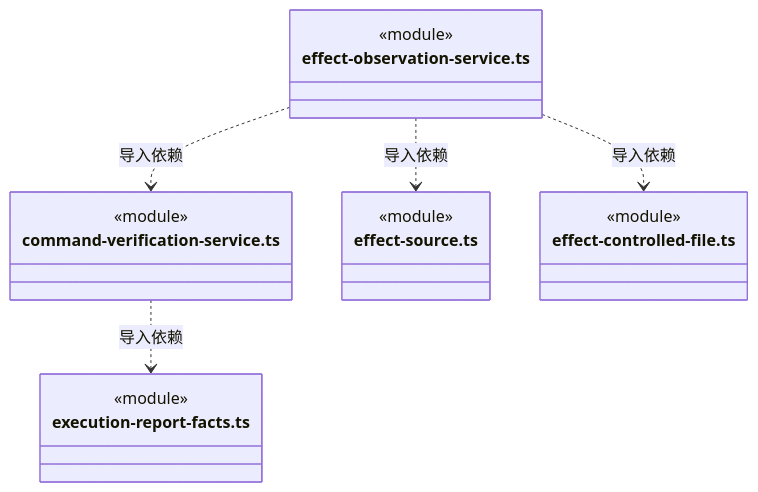
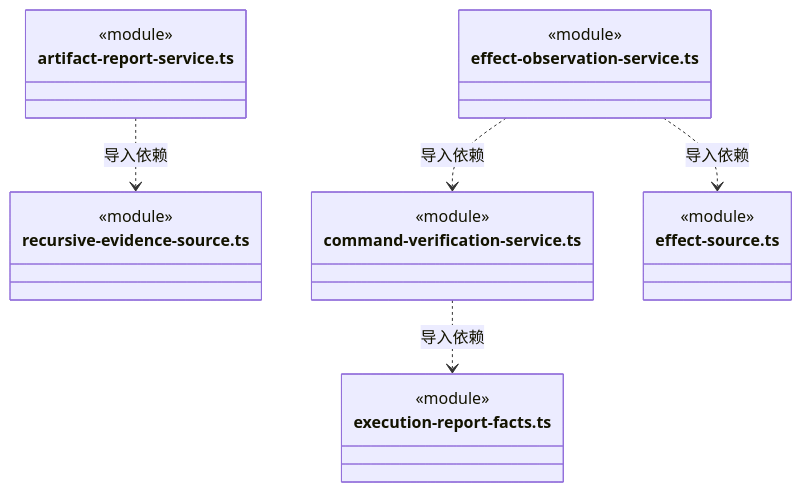
Before and after one commit to nan023062/cbim: diagram 18 of 20 in src/logic/evidence/runtime/ARCHITECTURE.md, drawn with Mermaid. The commit also changed other lines of this file and 19 other files, not shown here.

First line of the commit message:
fix(evidence): read recursive Agent artifact reports without legacy tasks

````diff
--- a/src/logic/evidence/runtime/ARCHITECTURE.md
+++ b/src/logic/evidence/runtime/ARCHITECTURE.md
@@ -367,22 +385,25 @@
 ```mermaid
 classDiagram
+class N_src_logic_evidence_runtime_artifact_report_service_ts["artifact-report-service.ts"] {
+  <<module>>
+}
+class N_src_logic_evidence_runtime_recursive_evidence_source_ts["recursive-evidence-source.ts"] {
+  <<module>>
+}
 class N_src_logic_evidence_runtime_command_verification_service_ts["command-verification-service.ts"] {
   <<module>>
 }
 class N_src_logic_evidence_runtime_execution_report_facts_ts["execution-report-facts.ts"] {
   <<module>>
 }
 class N_src_logic_evidence_runtime_effect_observation_service_ts["effect-observation-service.ts"] {
   <<module>>
 }
 class N_src_logic_evidence_runtime_effect_source_ts["effect-source.ts"] {
   <<module>>
 }
-class N_src_logic_evidence_runtime_effect_controlled_file_ts["effect-controlled-file.ts"] {
-  <<module>>
-}
+N_src_logic_evidence_runtime_artifact_report_service_ts ..> N_src_logic_evidence_runtime_recursive_evidence_source_ts : 导入依赖
 N_src_logic_evidence_runtime_command_verification_service_ts ..> N_src_logic_evidence_runtime_execution_report_facts_ts : 导入依赖
 N_src_logic_evidence_runtime_effect_observation_service_ts ..> N_src_logic_evidence_runtime_command_verification_service_ts : 导入依赖
 N_src_logic_evidence_runtime_effect_observation_service_ts ..> N_src_logic_evidence_runtime_effect_source_ts : 导入依赖
-N_src_logic_evidence_runtime_effect_observation_service_ts ..> N_src_logic_evidence_runtime_effect_controlled_file_ts : 导入依赖
 ```
````
